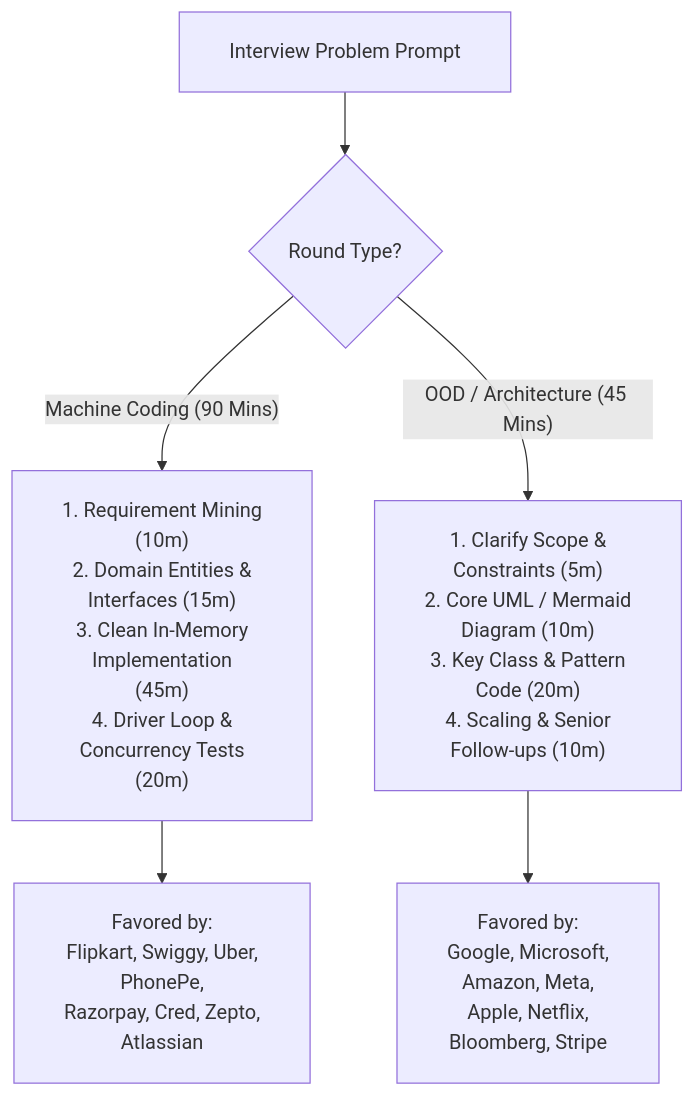
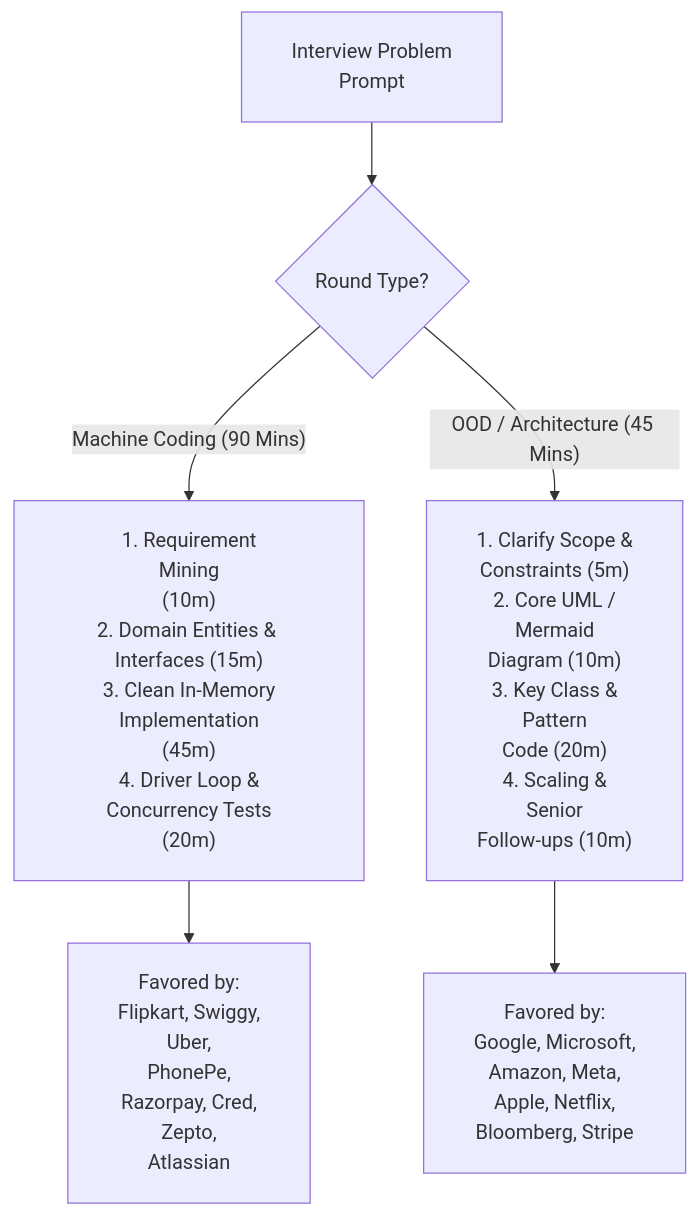
The diagram in LLD/00_Study_Plans/Top_30_Product_Companies_LLD_Interview_Guide.md (dip4k/DSA_102), drawn with Mermaid before and after one commit. The commit also changed 106 other files, not shown here.

First line of the commit message:
fix(mermaid): prevent text clipping with foreignObject overflow and tighter line wrapping

````diff
--- a/LLD/00_Study_Plans/Top_30_Product_Companies_LLD_Interview_Guide.md
+++ b/LLD/00_Study_Plans/Top_30_Product_Companies_LLD_Interview_Guide.md
@@ -13,11 +13,11 @@
 ```mermaid
-%%{init: {"flowchart": {"htmlLabels": true, "padding": 20}}}%%
+%%{init: {"flowchart": {"htmlLabels": true, "padding": 20}, "themeCSS": "foreignObject { overflow: visible !important; }"}}%%
 flowchart TD
-    Prompt["Interview Problem Prompt"] --> Format{"Round Type?"}
+    Prompt["Interview Problem<br/>Prompt"] --> Format{"Round Type?"}
     
-    Format -->|"Machine Coding (90 Mins)"| MC["1. Requirement Mining<br/>(10m)<br/>2. Domain Entities &<br/>Interfaces (15m)<br/>3. Clean In-Memory<br/>Implementation<br/>(45m)<br/>4. Driver Loop &<br/>Concurrency Tests<br/>(20m)"]
-    Format -->|"OOD / Architecture (45 Mins)"| OOD["1. Clarify Scope &<br/>Constraints (5m)<br/>2. Core UML / Mermaid<br/>Diagram (10m)<br/>3. Key Class & Pattern<br/>Code (20m)<br/>4. Scaling & Senior<br/>Follow-ups (10m)"]
+    Format -->|"Machine Coding (90 Mins)"| MC["1. Requirement<br/>Mining<br/>(10m)<br/>2. Domain Entities & Interfaces (15m)<br/>3. Clean In-Memory<br/>Implementation<br/>(45m)<br/>4. Driver Loop &<br/>Concurrency Tests<br/>(20m)"]
+    Format -->|"OOD / Architecture (45 Mins)"| OOD["1. Clarify Scope &<br/>Constraints (5m)<br/>2. Core UML /<br/>Mermaid<br/>Diagram (10m)<br/>3. Key Class &<br/>Pattern<br/>Code (20m)<br/>4. Scaling &<br/>Senior<br/>Follow-ups (10m)"]
     
-    MC --> CompaniesMC["Favored by:<br/>Flipkart, Swiggy, Uber,<br/>PhonePe,<br/>Razorpay, Cred, Zepto,<br/>Atlassian"]
+    MC --> CompaniesMC["Favored by:<br/>Flipkart, Swiggy,<br/>Uber,<br/>PhonePe,<br/>Razorpay, Cred,<br/>Zepto,<br/>Atlassian"]
     OOD --> CompaniesOOD["Favored by:<br/>Google, Microsoft,<br/>Amazon, Meta,<br/>Apple, Netflix,<br/>Bloomberg, Stripe"]
 ```
````
